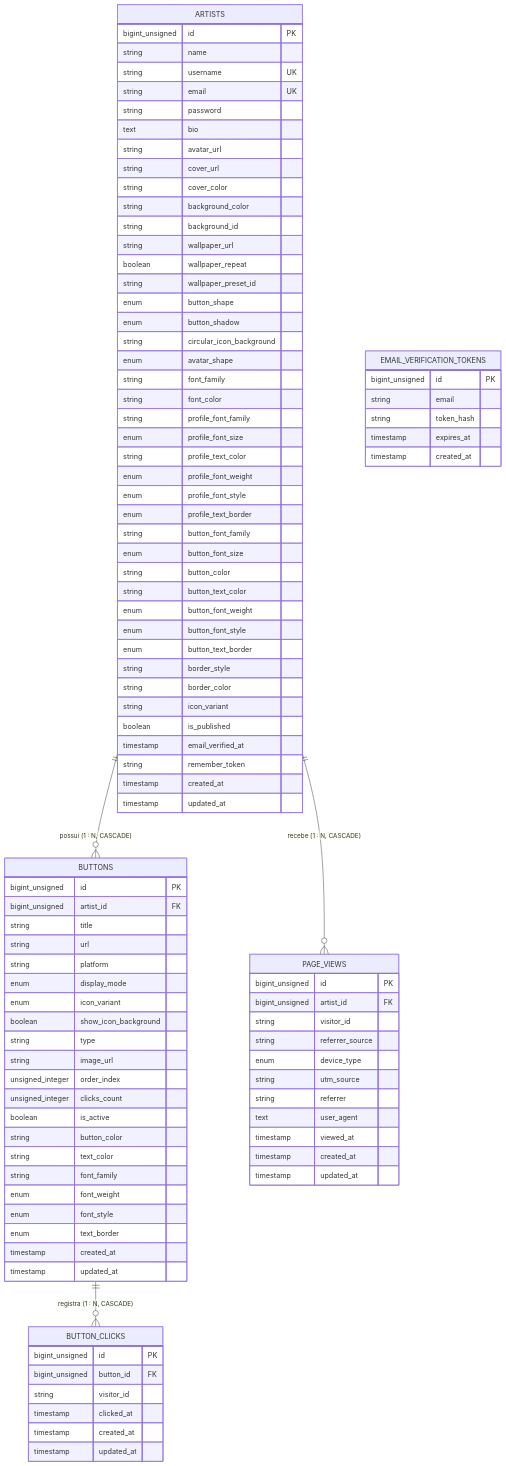
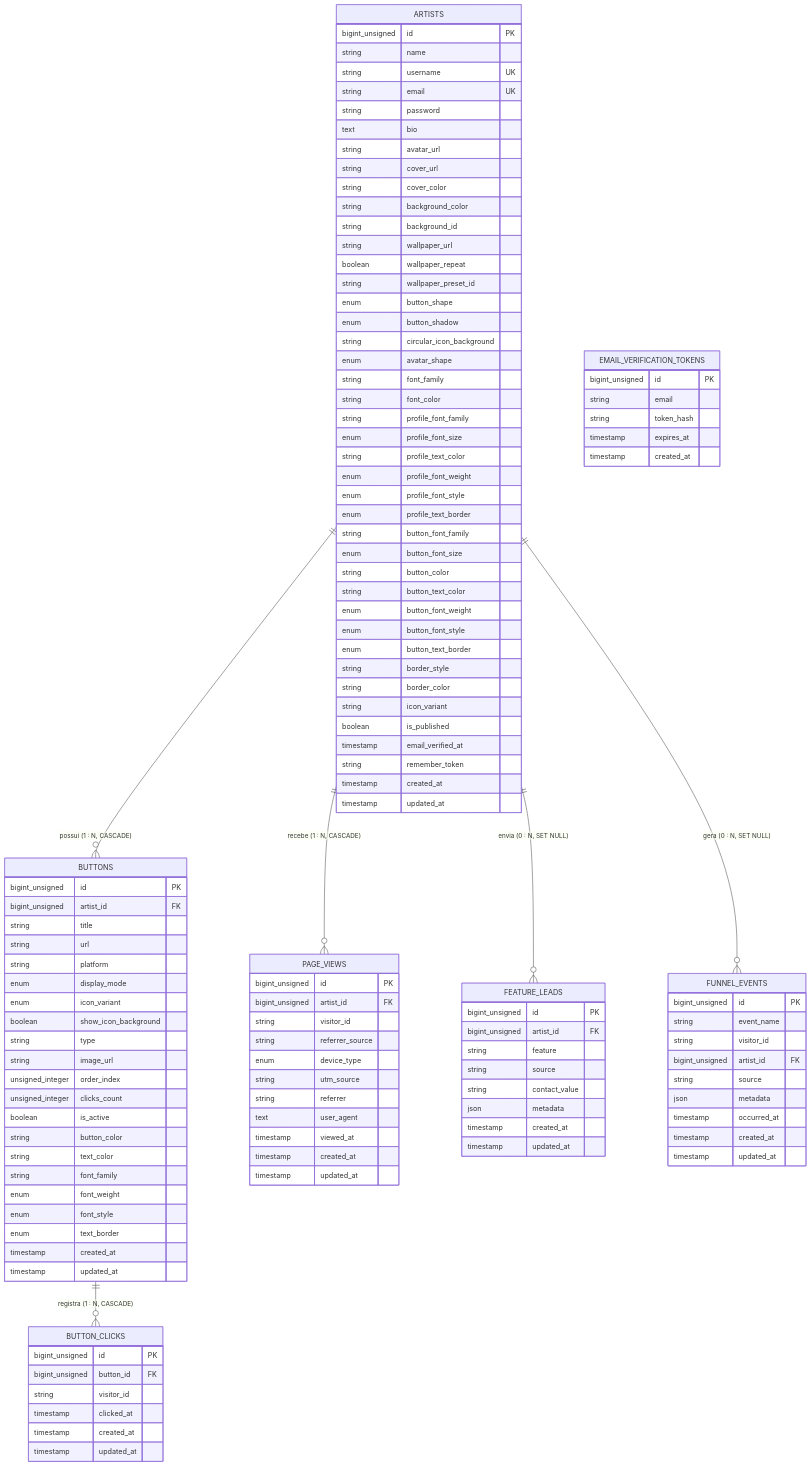
One commit to pinhogo/assinart_v1-back changed the diagram in context/data_dictionary.md. Above: the diagram before and after it, drawn with Mermaid. The commit also changed other lines of this file and 1 other file, not shown here.

Commit message:
docs(API-25/API-26): document feature_leads, funnel_events and track funnel variant

```diff
--- a/context/data_dictionary.md
+++ b/context/data_dictionary.md
@@ -14,7 +14,32 @@
 erDiagram
     ARTISTS ||--o{ BUTTONS : "possui (1 : N, CASCADE)"
     ARTISTS ||--o{ PAGE_VIEWS : "recebe (1 : N, CASCADE)"
+    ARTISTS ||--o{ FEATURE_LEADS : "envia (0 : N, SET NULL)"
+    ARTISTS ||--o{ FUNNEL_EVENTS : "gera (0 : N, SET NULL)"
     BUTTONS ||--o{ BUTTON_CLICKS : "registra (1 : N, CASCADE)"
+
+    FEATURE_LEADS {
+        bigint_unsigned id PK
+        bigint_unsigned artist_id FK
+        string feature
+        string source
+        string contact_value
+        json metadata
+        timestamp created_at
+        timestamp updated_at
+    }
+
+    FUNNEL_EVENTS {
+        bigint_unsigned id PK
+        string event_name
+        string visitor_id
+        bigint_unsigned artist_id FK
+        string source
+        json metadata
+        timestamp occurred_at
+        timestamp created_at
+        timestamp updated_at
+    }
 
     PAGE_VIEWS {
         bigint_unsigned id PK
```
